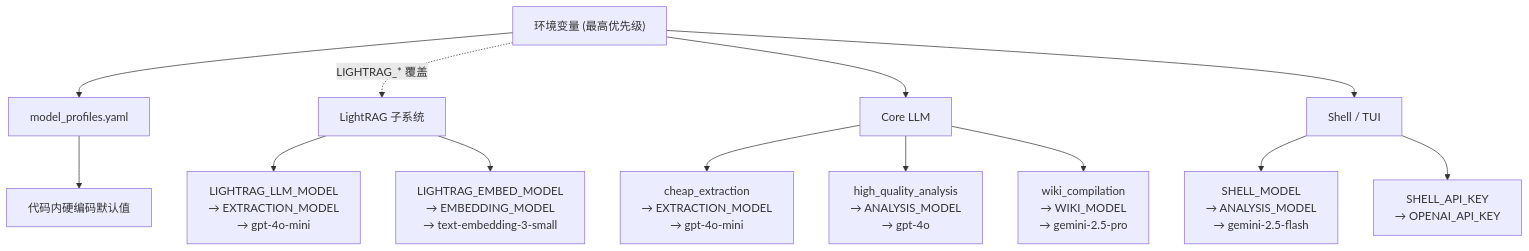
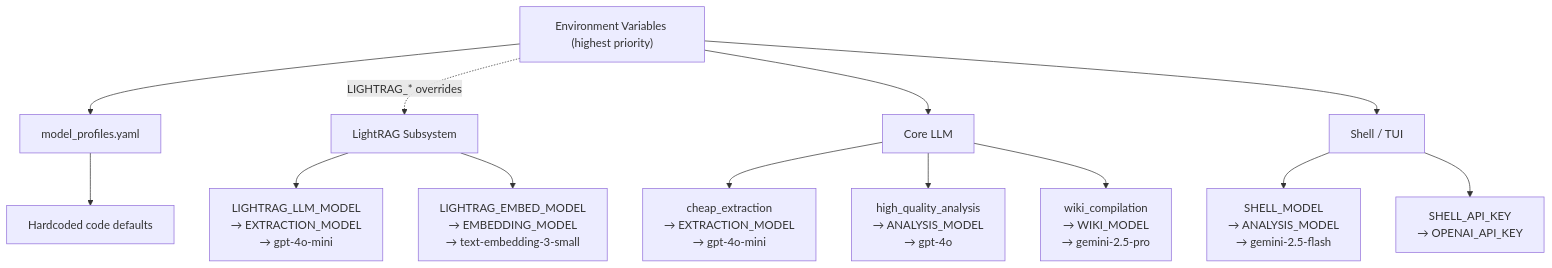
Before and after one commit to fayememe/softwiki: the diagram in docs/02-design/config-schema.md, drawn with Mermaid. The commit also changed other lines of this file and 20 other files, not shown here.

First line of the commit message:
Docs: English translation, data-flow diagram in README, multi-agent section, lowercase softwiki

````diff
--- a/docs/02-design/config-schema.md
+++ b/docs/02-design/config-schema.md
@@ -228,18 +228,18 @@
 ```mermaid
 flowchart TD
-    ENV["环境变量 (最高优先级)"] --> YAML["model_profiles.yaml"]
-    YAML --> DEFAULT["代码内硬编码默认值"]
+    ENV["Environment Variables (highest priority)"] --> YAML["model_profiles.yaml"]
+    YAML --> DEFAULT["Hardcoded code defaults"]
     
-    ENV -.->|LIGHTRAG_* 覆盖| LR[LightRAG 子系统]
+    ENV -.->|LIGHTRAG_* overrides| LR[LightRAG Subsystem]
     LR --> LR_LLM["LIGHTRAG_LLM_MODEL<br/>→ EXTRACTION_MODEL<br/>→ gpt-4o-mini"]
     LR --> LR_EMB["LIGHTRAG_EMBED_MODEL<br/>→ EMBEDDING_MODEL<br/>→ text-embedding-3-small"]
 
     ENV --> CORE["Core LLM"]
     CORE --> CHEAP["cheap_extraction<br/>→ EXTRACTION_MODEL<br/>→ gpt-4o-mini"]
     CORE --> QUALITY["high_quality_analysis<br/>→ ANALYSIS_MODEL<br/>→ gpt-4o"]
     CORE --> WIKI["wiki_compilation<br/>→ WIKI_MODEL<br/>→ gemini-2.5-pro"]
 
     ENV --> SHELL["Shell / TUI"]
     SHELL --> SH_MODEL["SHELL_MODEL<br/>→ ANALYSIS_MODEL<br/>→ gemini-2.5-flash"]
     SHELL --> SH_KEY["SHELL_API_KEY<br/>→ OPENAI_API_KEY"]
 ```
````
